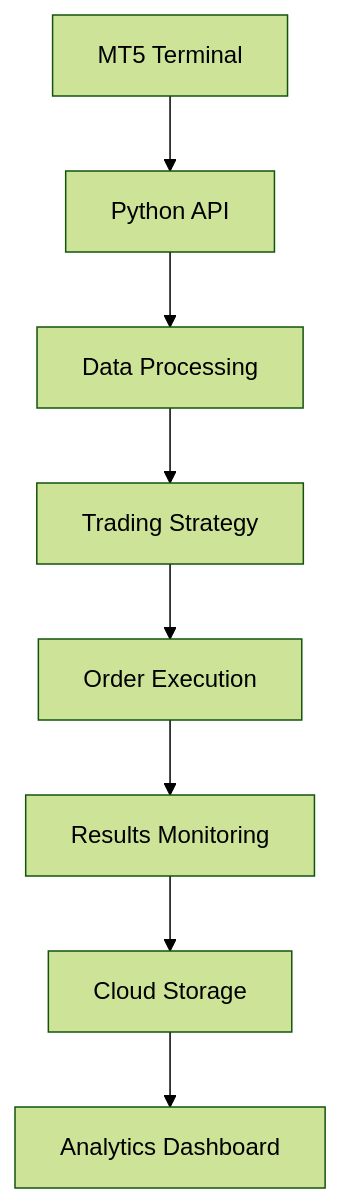
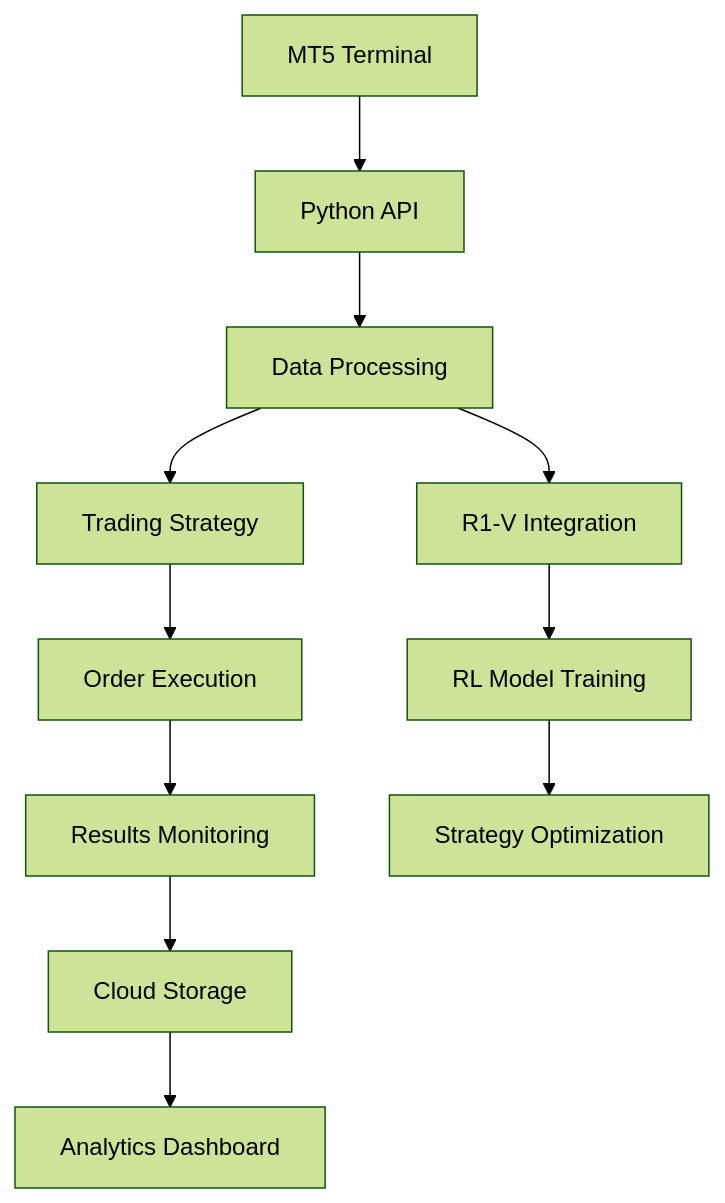
One commit to Joelsoncash/idkY changed the diagram in README.md. Above: the diagram before and after it, drawn with Mermaid (forest theme). The commit also changed other lines of this file, not shown here.

Commit message:
Updated README with detailed documentation and R1-V integration

````diff
--- a/README.md
+++ b/README.md
@@ -28,10 +29,13 @@
 ```mermaid
 graph TD
     A[MT5 Terminal] --> B[Python API]
     B --> C[Data Processing]
     C --> D[Trading Strategy]
     D --> E[Order Execution]
     E --> F[Results Monitoring]
     F --> G[Cloud Storage]
     G --> H[Analytics Dashboard]
+    C --> I[R1-V Integration]
+    I --> J[RL Model Training]
+    J --> K[Strategy Optimization]
 ```
````
